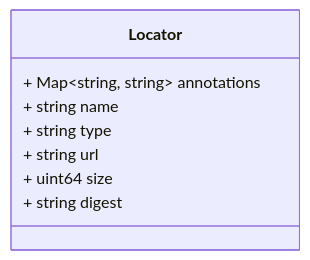
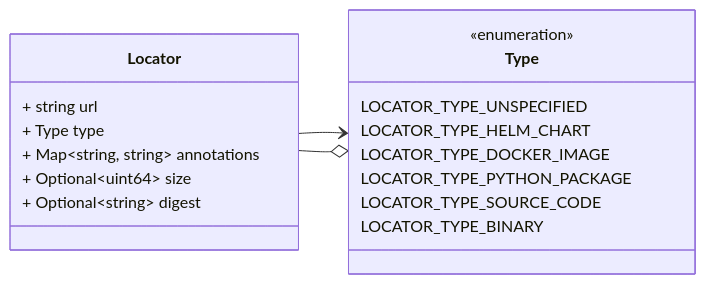
One commit to papimenon/docs changed the second of 4 diagrams in docs/pages/data_model.proto.md. Above: the diagram before and after it, drawn with Mermaid. The commit also changed other lines of this file and 17 other files, not shown here.

````diff
--- a/docs/pages/data_model.proto.md
+++ b/docs/pages/data_model.proto.md
@@ -85,16 +96,27 @@
 ```mermaid
 classDiagram
 direction LR
 
 %% Locators provide actual artifact locators of an agent. For example, this can reference sources such as helm charts, docker images, binaries, etc.
 
 class Locator {
+  + string url
+  + Type type
   + Map~string,  string~ annotations
-  + string name
-  + string type
-  + string url
-  + uint64 size
-  + string digest
+  + Optional~uint64~ size
+  + Optional~string~ digest
 }
+Locator --> `Type`
+Locator --o `Type`
+%% Type collects supported types for locators.
 
+class Type{
+  <<enumeration>>
+  LOCATOR_TYPE_UNSPECIFIED
+  LOCATOR_TYPE_HELM_CHART
+  LOCATOR_TYPE_DOCKER_IMAGE
+  LOCATOR_TYPE_PYTHON_PACKAGE
+  LOCATOR_TYPE_SOURCE_CODE
+  LOCATOR_TYPE_BINARY
+}
 ```
````
